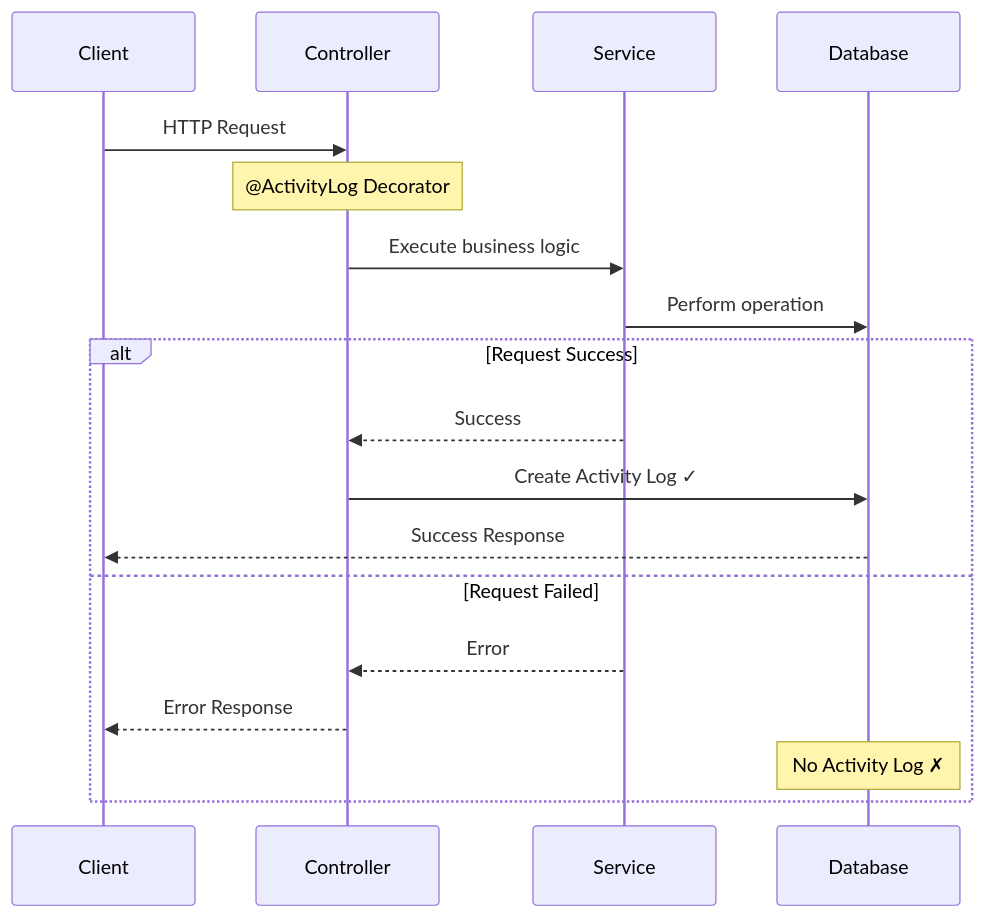
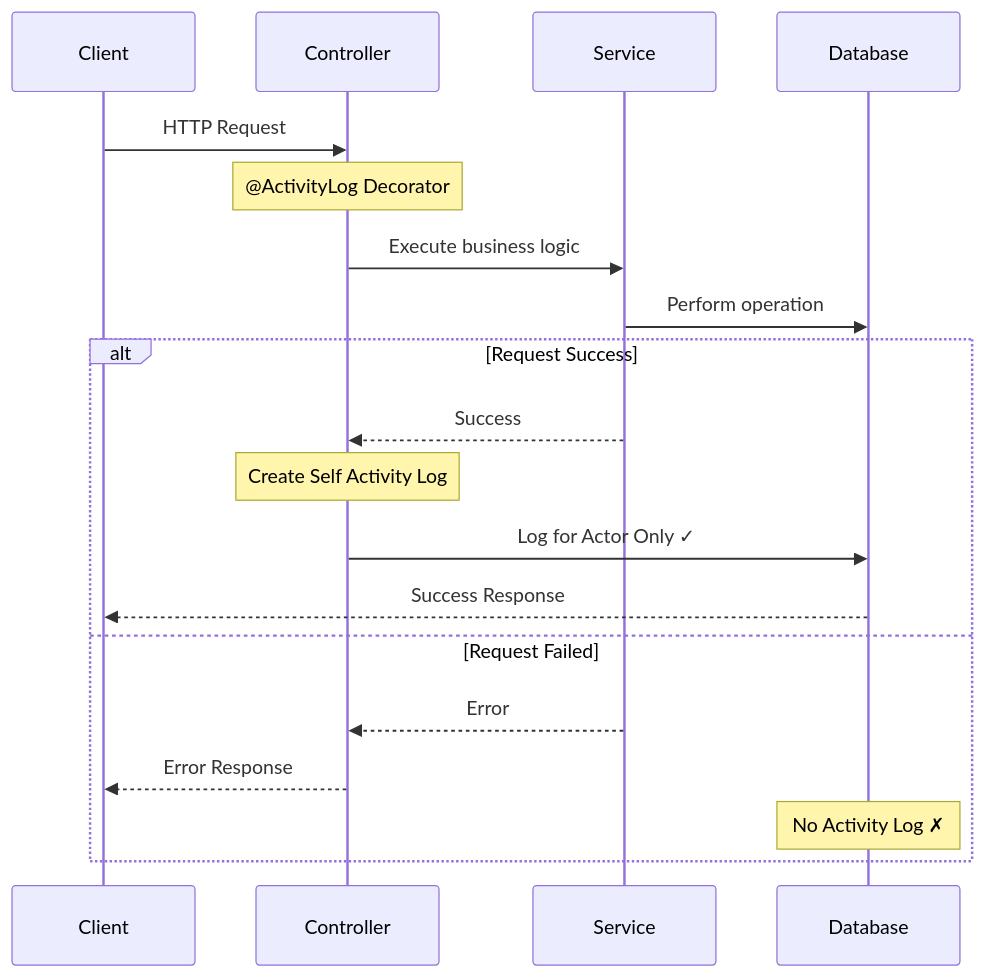
One commit to andrechristikan/ack-nestjs-boilerplate changed the second of 3 diagrams in docs/activity-log.md. Above: the diagram before and after it, drawn with Mermaid. The commit also changed other lines of this file and 22 other files, not shown here.

````diff
--- a/docs/activity-log.md
+++ b/docs/activity-log.md
@@ -68,22 +52,23 @@
 ```mermaid
 sequenceDiagram
     participant Client
     participant Controller
     participant Service
     participant Database
     
     Client->>Controller: HTTP Request
     Note over Controller: @ActivityLog Decorator
     Controller->>Service: Execute business logic
     Service->>Database: Perform operation
     
     alt Request Success
         Service-->>Controller: Success
-        Controller->>Database: Create Activity Log ✓
+        Note over Controller: Create Self Activity Log
+        Controller->>Database: Log for Actor Only ✓
         Database-->>Client: Success Response
     else Request Failed
         Service-->>Controller: Error
         Controller-->>Client: Error Response
         Note over Database: No Activity Log ✗
     end
 ```
````
